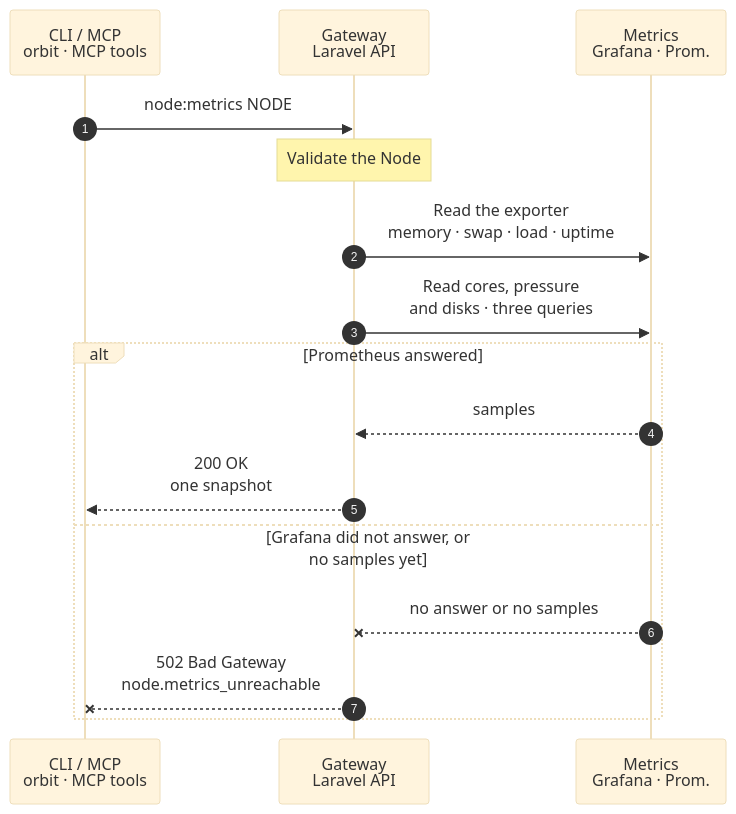
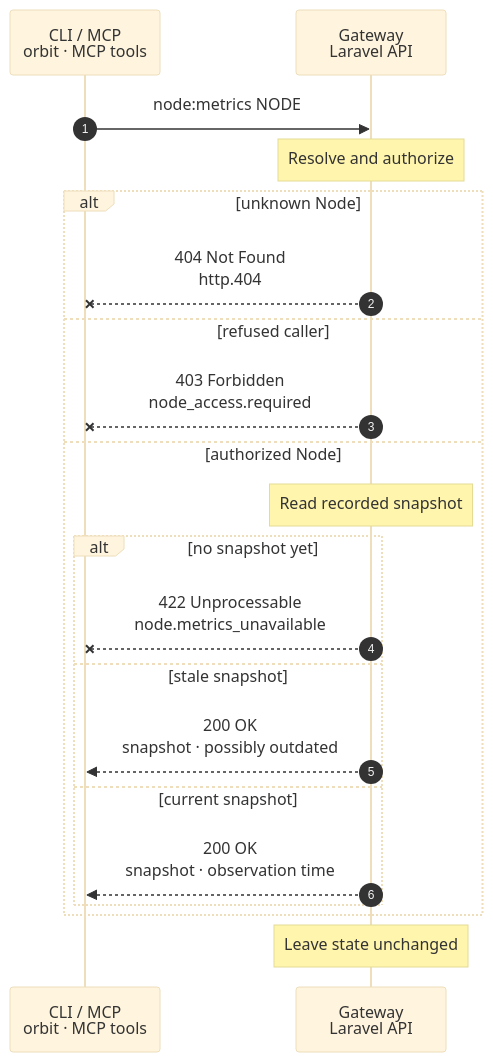
One commit to hardimpactdev/orbit changed the diagram in docs/cli/node/metrics.mmd. Above: the diagram before and after it, drawn with Mermaid (base theme). The commit also changed 2 other files, not shown here.

Commit message:
docs(node): spec for node:metrics

```diff
--- a/docs/cli/node/metrics.mmd
+++ b/docs/cli/node/metrics.mmd
@@ -1,43 +1,55 @@
 sequenceDiagram
-  %% Target design: a synchronous read of the Metrics role through Grafana; no run, no stored sample. docs/reference/metrics.md#read-node-metrics.
-  %% status: reviewed
+  %% Target design: a synchronous read of the Node agent's metrics snapshot from Gateway records. Node family read rules and docs/reference/node-agent.md#liveness.
+  %% status: draft
   %% command: node:metrics
   %% kind: node.metrics
   autonumber
   %% lane CLI icon=terminal pill=caller tone=gray
   %% lane GW icon=gateway pill=intent tone=blue
-  %% lane M icon=server pill=observer tone=purple
   participant CLI as CLI / MCP<br/>orbit · MCP tools
   participant GW as Gateway<br/>Laravel API
-  participant M as Metrics<br/>Grafana · Prom.
   CLI->>GW: node:metrics NODE
   %%> Command:
   %%> - `orbit node:metrics NODE`
   %%> - syntax: `<node> [--json]`
-  %%> Who can call it:
-  %%> - the `orbit` CLI and the MCP tool send the same request
-  Note over GW: Validate the Node
+  Note over GW: Resolve and authorize
   %%> Requirements:
-  %%> - the calling Node has an access grant to the target Node
-  %%> - the target is active and has a WireGuard address (`node.metrics_unavailable`)
-  %%> - exactly one active Node holds the Metrics role and has stored credentials (`metrics.assignment_missing`, `metrics.assignment_drift`, `metrics.node_inactive`, `metrics.credentials_missing`)
-  %%> Why no run:
-  %%> - the command only reads; it starts no run, changes no Node and stores no sample
-  GW->>M: Read the exporter<br/>memory · swap · load · uptime
-  %%> What it does:
-  %%> - one query for memory, swap, load and uptime; it alone decides whether the Node has metrics
-  GW->>M: Read cores, pressure<br/>and disks · three queries
-  %%> What it does:
-  %%> - one query each; pseudo filesystems such as `tmpfs` and `proc` are left out, and `/` comes first
-  %%> - if one of them fails, its field is empty (pressure `0`) and the command still succeeds
-  alt Prometheus answered
-    M-->>GW: samples
-    GW-->>CLI: 200 OK<br/>one snapshot
-    %%> Returns:
-    %%> - the snapshot with the Node's name and ID; pressure is `0` when the kernel has no pressure data
-  else Grafana did not answer, or no samples yet
-    M--xGW: no answer or no samples
-    GW--xCLI: 502 Bad Gateway<br/>node.metrics_unreachable
+  %%> - apply the shared Node authority rule (`NodeAccessAuthorizer`), linked from `docs/cli/node/metrics.mdx` to the Node family page
+  alt unknown Node
+    %% path: unknown-node
+    GW--xCLI: 404 Not Found<br/>http.404
     %%> Result:
-    %%> - nothing is stored or changed; run the command again once the Node's exporter has reported
+    %%> - no Node record matches the ID
+  else refused caller
+    %% path: refused-caller
+    GW--xCLI: 403 Forbidden<br/>node_access.required
+    %%> Result:
+    %%> - the shared Node authority rule refuses the caller
+  else authorized Node
+    %% path: authorized
+    Note over GW: Read recorded snapshot
+    %%> What it does:
+    %%> - reads only the latest metrics snapshot reported by this Node's agent and the recorded agent liveness
+    %%> - contacts no Node or other system, waits for no report and starts no run
+    alt no snapshot yet
+      %% path: no-snapshot
+      GW--xCLI: 422 Unprocessable<br/>node.metrics_unavailable
+      %%> Result:
+      %%> - no metrics snapshot has been recorded for this Node
+    else stale snapshot
+      %% path: stale-snapshot
+      GW-->>CLI: 200 OK<br/>snapshot · possibly outdated
+      %%> Result:
+      %%> - returns the retained snapshot, its observation time and agent state; `possibly_outdated` is true when the agent state is not `online`
+      %%> - offline wording matches `node:show`: `offline since <time>`; `not_seen` and `unknown` keep their shared meanings
+    else current snapshot
+      %% path: current-snapshot
+      GW-->>CLI: 200 OK<br/>snapshot · observation time
+      %%> Result:
+      %%> - returns the snapshot with Node name and ID, observation time and agent state; `possibly_outdated` is false
+    end
   end
+  Note over GW: Leave state unchanged
+  %%> Result:
+  %%> - success and refusal change no records or Node state
+  %%> - a repeat reads the latest recorded snapshot again; it is not a skipped action
```
